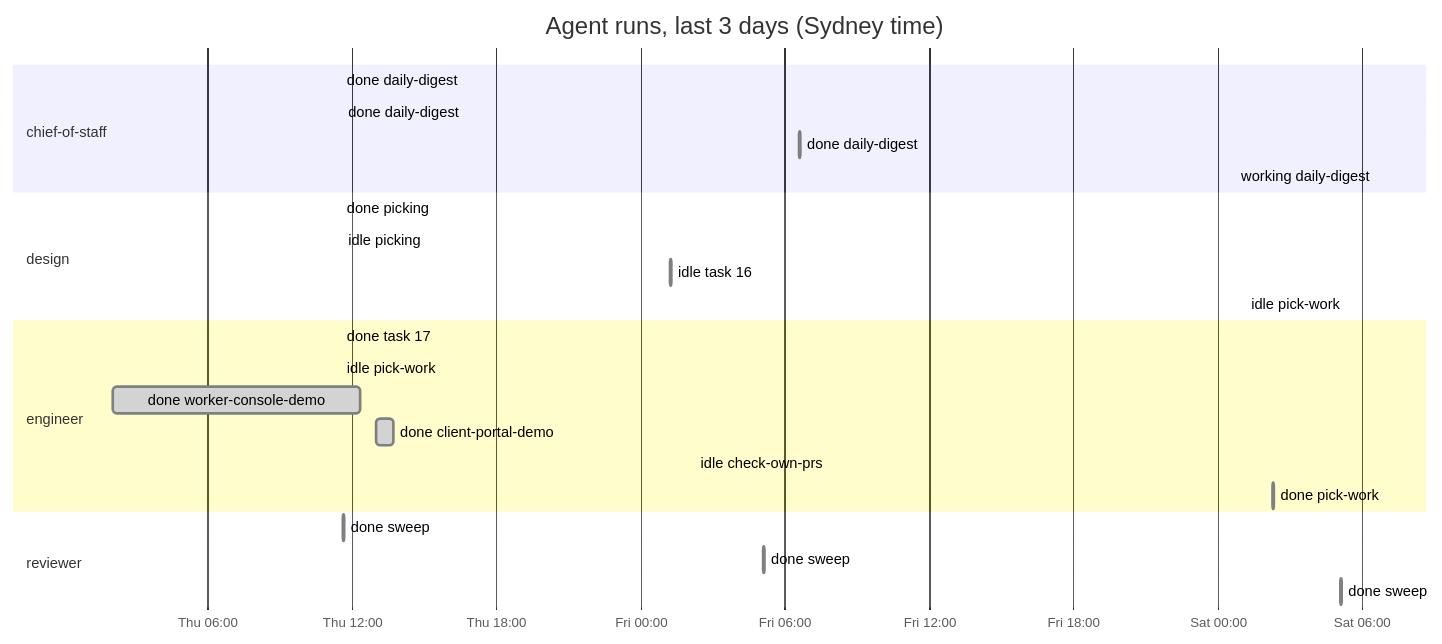
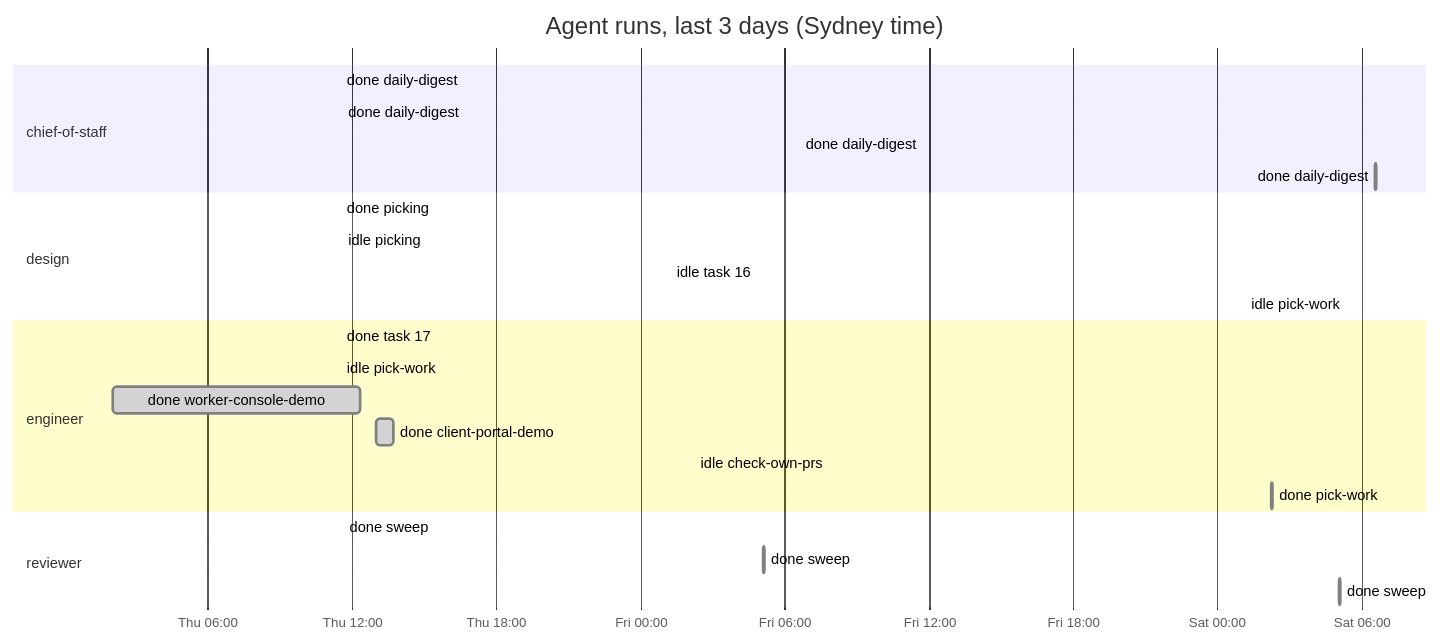
Before and after one commit to roulmediateam-byte/fifteen-expert-hq: the diagram in dashboard.md, drawn with Mermaid. The commit also changed other lines of this file and 1 other file, not shown here.

````diff
--- a/dashboard.md
+++ b/dashboard.md
@@ -35,27 +36,27 @@
 ```mermaid
 gantt
     title Agent runs, last 3 days (Sydney time)
     dateFormat YYYY-MM-DD HH:mm
     axisFormat %a %H:%M
     section chief-of-staff
     done daily-digest :done, 2026-11-05 11:31, 2026-11-05 11:32
     done daily-digest :done, 2026-11-05 11:33, 2026-11-05 11:34
     done daily-digest :done, 2026-11-06 06:35, 2026-11-06 06:37
-    working daily-digest :active, 2026-11-07 06:35, 2026-11-07 06:35
+    done daily-digest :done, 2026-11-07 06:35, 2026-11-07 06:37
     section design
     done picking :done, 2026-11-05 11:31, 2026-11-05 11:32
     idle picking :done, 2026-11-05 11:33, 2026-11-05 11:33
     idle task 16 :done, 2026-11-06 01:14, 2026-11-06 01:15
     idle pick-work :done, 2026-11-07 01:08, 2026-11-07 01:08
     section engineer
     done task 17 :done, 2026-11-05 11:31, 2026-11-05 11:32
     idle pick-work :done, 2026-11-05 11:32, 2026-11-05 11:32
     done worker-console-demo :done, 2026-11-05 02:03, 2026-11-05 12:19
     done client-portal-demo :done, 2026-11-05 12:59, 2026-11-05 13:44
     idle check-own-prs :done, 2026-11-06 02:14, 2026-11-06 02:14
     done pick-work :done, 2026-11-07 02:15, 2026-11-07 02:18
     section reviewer
     done sweep :done, 2026-11-05 11:37, 2026-11-05 11:39
     done sweep :done, 2026-11-06 05:05, 2026-11-06 05:10
     done sweep :done, 2026-11-07 05:05, 2026-11-07 05:08
 ```
````
